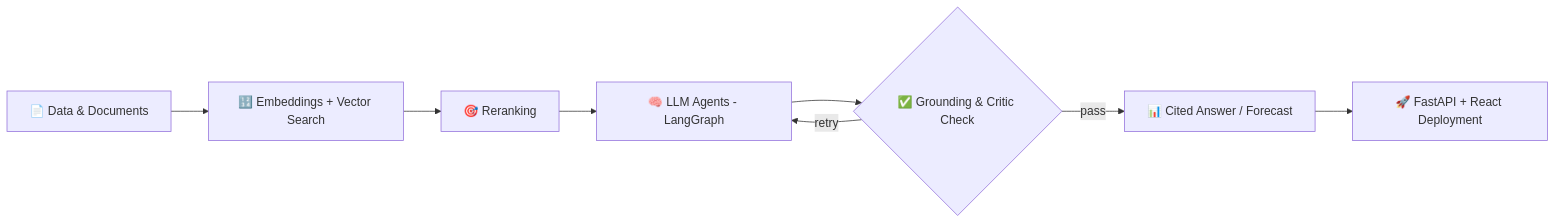
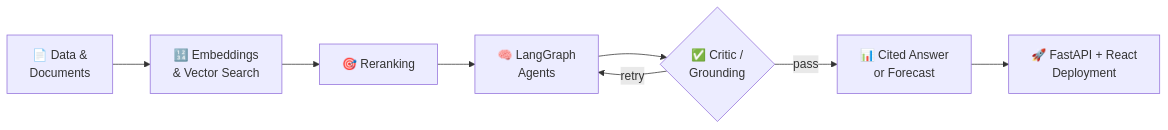
Before and after one commit to amruthssss/amruthssss: the diagram in README.md, drawn with Mermaid. The commit also changed other lines of this file, not shown here.

````diff
--- a/README.md
+++ b/README.md
@@ -87,10 +106,10 @@
 ```mermaid
 flowchart LR
-    A[📄 Data & Documents] --> B[🔢 Embeddings + Vector Search]
-    B --> C[🎯 Reranking]
-    C --> D[🧠 LLM Agents - LangGraph]
-    D --> E{✅ Grounding & Critic Check}
-    E -- pass --> F[📊 Cited Answer / Forecast]
+    A["📄 Data &<br/>Documents"] --> B["🔢 Embeddings<br/>& Vector Search"]
+    B --> C["🎯 Reranking"]
+    C --> D["🧠 LangGraph<br/>Agents"]
+    D --> E{"✅ Critic /<br/>Grounding"}
     E -- retry --> D
-    F --> G[🚀 FastAPI + React Deployment]
+    E -- pass --> F["📊 Cited Answer<br/>or Forecast"]
+    F --> G["🚀 FastAPI + React<br/>Deployment"]
 ```
````
